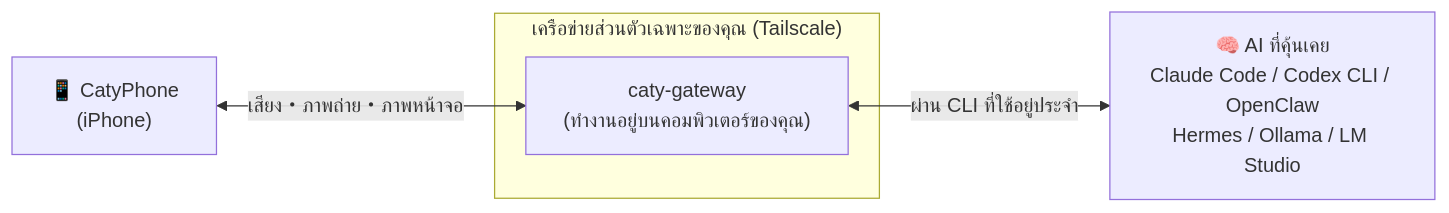
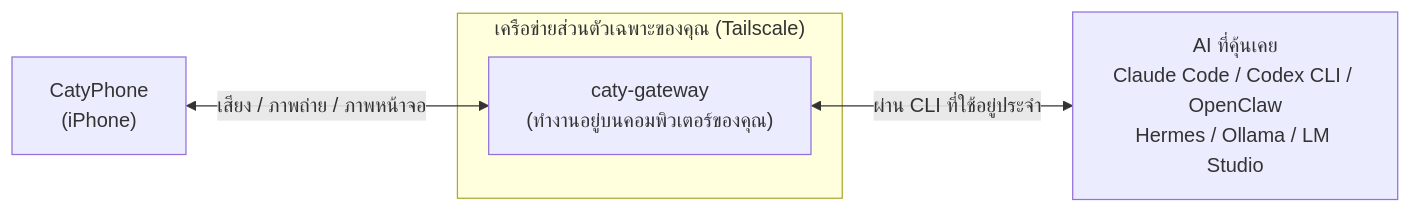
Before and after one commit to caty-ai/caty-gateway: the diagram in README.th.md, drawn with Mermaid. The commit also changed other lines of this file and 8 other files, not shown here.

````diff
--- a/README.th.md
+++ b/README.th.md
@@ -52,10 +52,10 @@
 ```mermaid
 flowchart LR
-    phone["📱 CatyPhone<br/>(iPhone)"]
+    phone["CatyPhone<br/>(iPhone)"]
     subgraph tailnet["เครือข่ายส่วนตัวเฉพาะของคุณ (Tailscale)"]
         gw["caty-gateway<br/>(ทำงานอยู่บนคอมพิวเตอร์ของคุณ)"]
     end
-    ai["🧠 AI ที่คุ้นเคย<br/>Claude Code / Codex CLI / OpenClaw<br/>Hermes / Ollama / LM Studio"]
-    phone <-- "เสียง・ภาพถ่าย・ภาพหน้าจอ" --> gw
+    ai["AI ที่คุ้นเคย<br/>Claude Code / Codex CLI / OpenClaw<br/>Hermes / Ollama / LM Studio"]
+    phone <-- "เสียง / ภาพถ่าย / ภาพหน้าจอ" --> gw
     gw <-- "ผ่าน CLI ที่ใช้อยู่ประจำ" --> ai
 ```
````
